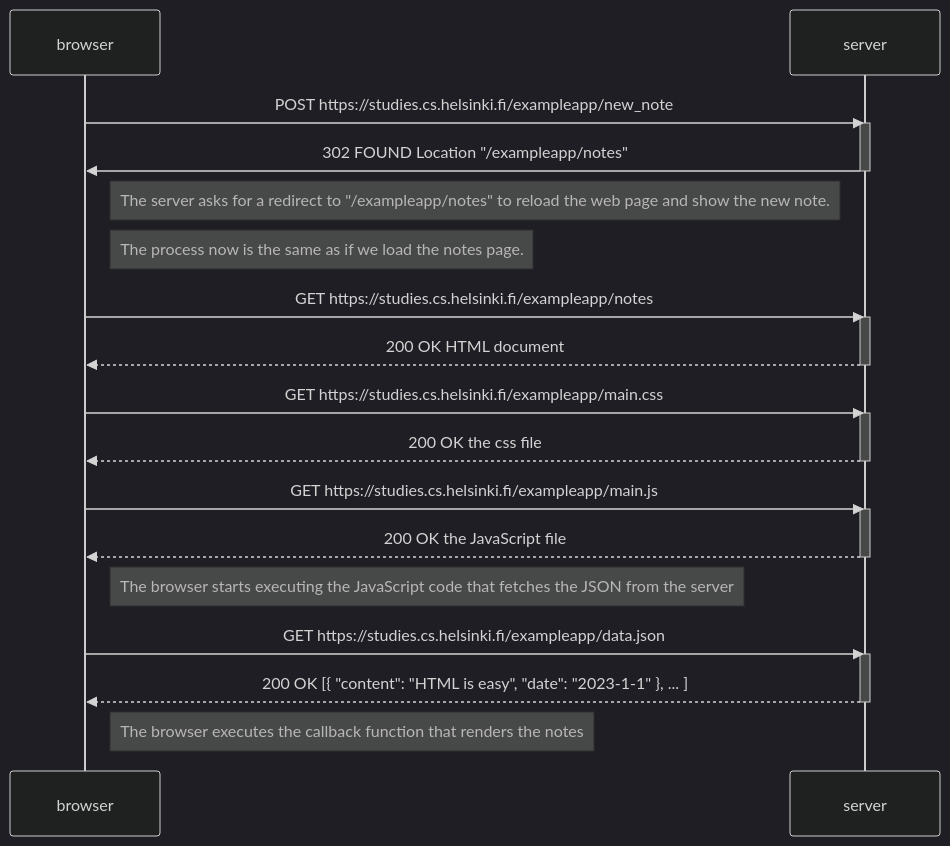
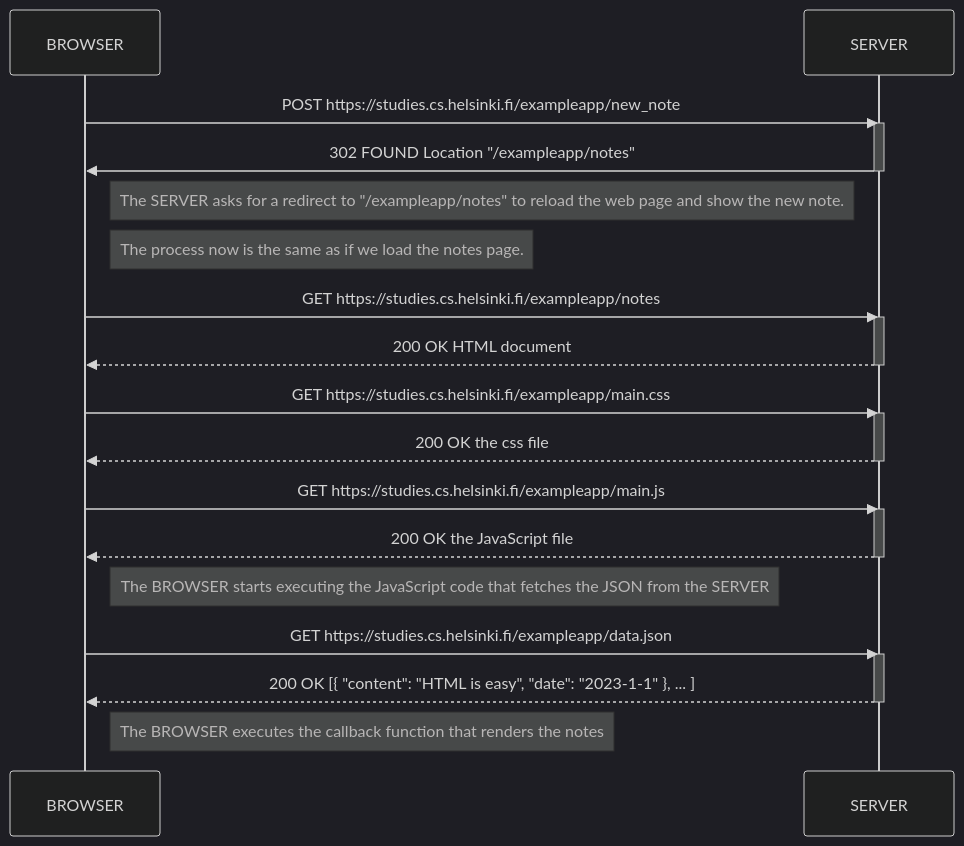
One commit to AdrianJimenezNieto/fullstackopen-exercises changed the diagram in part0/0.4_add_note.md. Above: the diagram before and after it, drawn with Mermaid (dark theme).

````diff
--- a/part0/0.4_add_note.md
+++ b/part0/0.4_add_note.md
@@ -2,38 +2,38 @@
 ```mermaid
 sequenceDiagram
-    participant browser
-    participant server
+    participant BROWSER
+    participant SERVER
 
-    browser->>server: POST https://studies.cs.helsinki.fi/exampleapp/new_note
-    activate server
-    server->>browser: 302 FOUND Location "/exampleapp/notes"
-    deactivate server
+    BROWSER->>SERVER: POST https://studies.cs.helsinki.fi/exampleapp/new_note
+    activate SERVER
+    SERVER->>BROWSER: 302 FOUND Location "/exampleapp/notes"
+    deactivate SERVER
 
-    Note left of server: The server asks for a redirect to "/exampleapp/notes" to reload the web page and show the new note.
+    Note left of SERVER: The SERVER asks for a redirect to "/exampleapp/notes" to reload the web page and show the new note.
 
-    Note right of browser: The process now is the same as if we load the notes page.
+    Note right of BROWSER: The process now is the same as if we load the notes page.
 
-    browser->>server: GET https://studies.cs.helsinki.fi/exampleapp/notes
-    activate server
-    server-->>browser: 200 OK HTML document
-    deactivate server
+    BROWSER->>SERVER: GET https://studies.cs.helsinki.fi/exampleapp/notes
+    activate SERVER
+    SERVER-->>BROWSER: 200 OK HTML document
+    deactivate SERVER
 
-    browser->>server: GET https://studies.cs.helsinki.fi/exampleapp/main.css
-    activate server
-    server-->>browser: 200 OK the css file
-    deactivate server
+    BROWSER->>SERVER: GET https://studies.cs.helsinki.fi/exampleapp/main.css
+    activate SERVER
+    SERVER-->>BROWSER: 200 OK the css file
+    deactivate SERVER
 
-    browser->>server: GET https://studies.cs.helsinki.fi/exampleapp/main.js
-    activate server
-    server-->>browser: 200 OK the JavaScript file
-    deactivate server
+    BROWSER->>SERVER: GET https://studies.cs.helsinki.fi/exampleapp/main.js
+    activate SERVER
+    SERVER-->>BROWSER: 200 OK the JavaScript file
+    deactivate SERVER
 
-    Note right of browser: The browser starts executing the JavaScript code that fetches the JSON from the server
+    Note right of BROWSER: The BROWSER starts executing the JavaScript code that fetches the JSON from the SERVER
 
-    browser->>server: GET https://studies.cs.helsinki.fi/exampleapp/data.json
-    activate server
-    server-->>browser: 200 OK [{ "content": "HTML is easy", "date": "2023-1-1" }, ... ]
-    deactivate server
+    BROWSER->>SERVER: GET https://studies.cs.helsinki.fi/exampleapp/data.json
+    activate SERVER
+    SERVER-->>BROWSER: 200 OK [{ "content": "HTML is easy", "date": "2023-1-1" }, ... ]
+    deactivate SERVER
 
-    Note right of browser: The browser executes the callback function that renders the notes
+    Note right of BROWSER: The BROWSER executes the callback function that renders the notes
 ```
````
